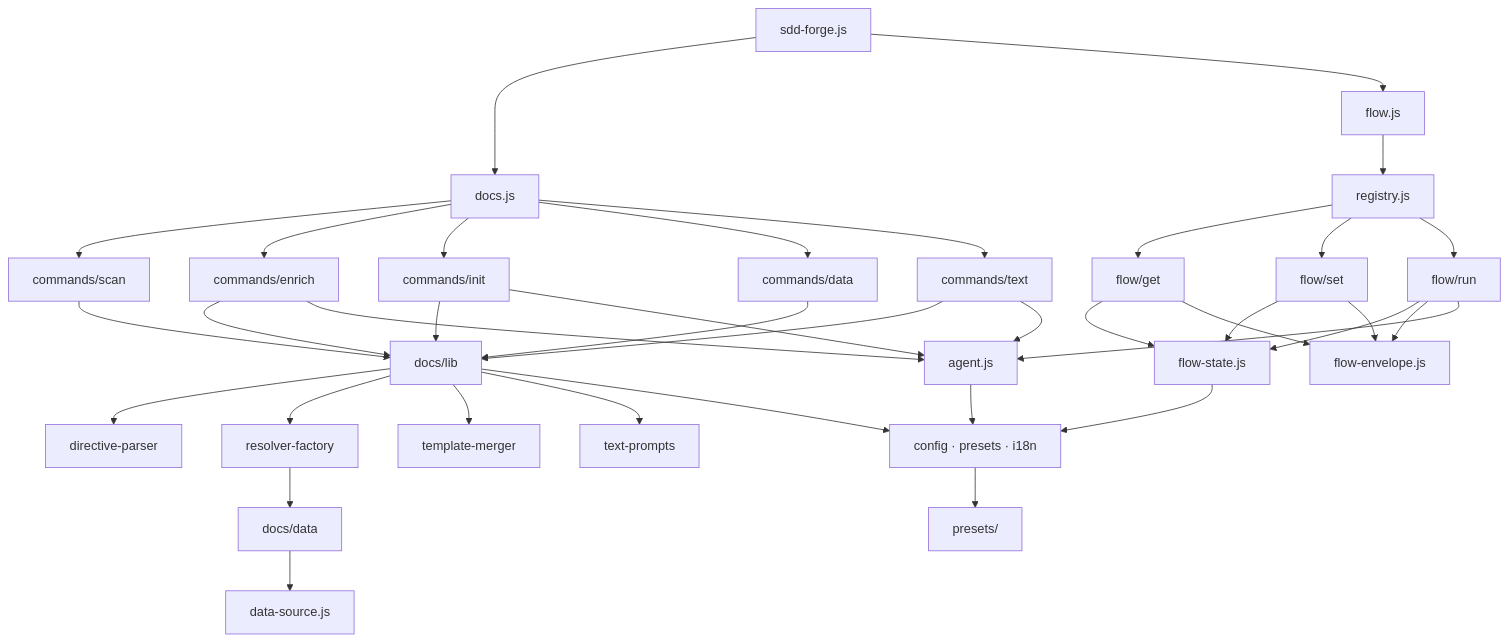
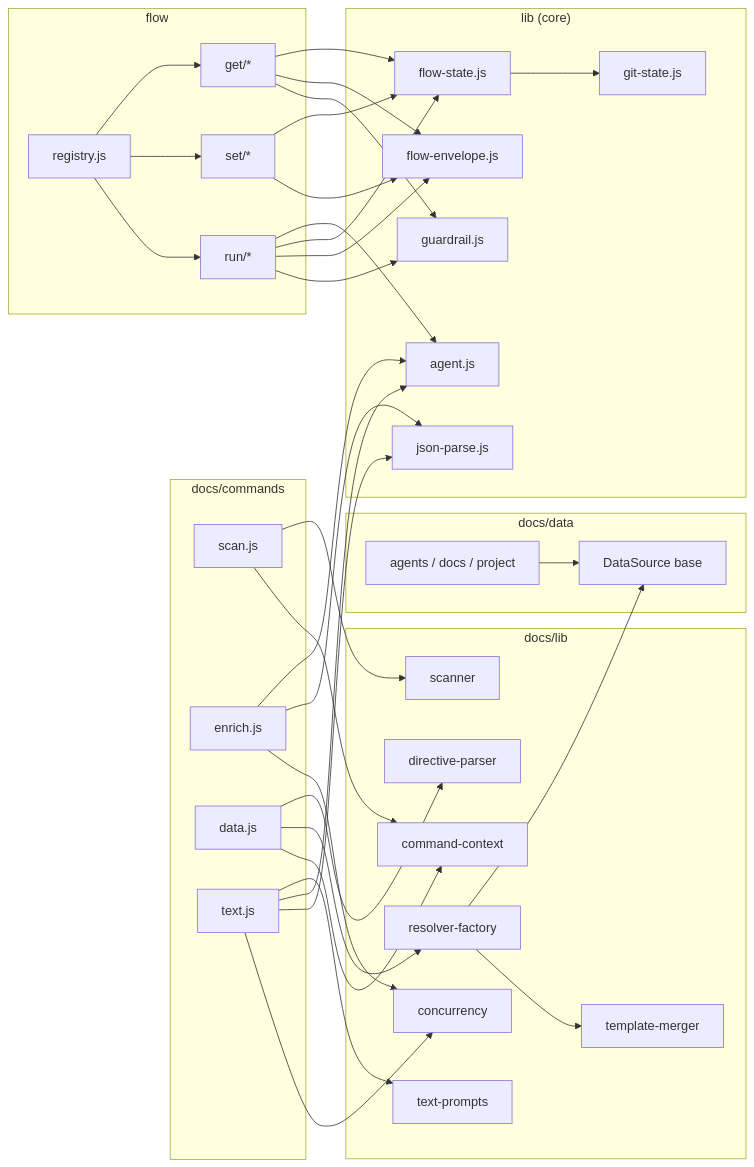
Before and after one commit to SpreadWorks/sdd-forge: the diagram in docs/internal_design.md, drawn with Mermaid. The commit also changed other lines of this file and 10 other files, not shown here.

First line of the commit message:
fix: revert text deep mode to minify, add enrich speed benchmark data

````diff
--- a/docs/internal_design.md
+++ b/docs/internal_design.md
@@ -99,27 +116,69 @@
 ```mermaid
-graph TD
-    CLI[sdd-forge.js] --> DOCS[docs.js]
-    CLI --> FLOW[flow.js]
-    DOCS --> SC[commands/scan]
-    DOCS --> EN[commands/enrich]
-    DOCS --> IN[commands/init]
-    DOCS --> DA[commands/data]
-    DOCS --> TX[commands/text]
-    FLOW --> REG[registry.js]
-    REG --> FG[flow/get]
-    REG --> FS[flow/set]
-    REG --> FR[flow/run]
-    SC & EN & IN & DA & TX --> DLIB[docs/lib]
-    DLIB --> DP[directive-parser]
-    DLIB --> RF[resolver-factory]
-    DLIB --> TM[template-merger]
-    DLIB --> TP[text-prompts]
-    RF --> DS[docs/data]
-    DS --> DSB[data-source.js]
-    FG & FS & FR --> FST[flow-state.js]
-    FG & FS & FR --> FEN[flow-envelope.js]
-    EN & IN & TX --> AGT[agent.js]
-    FR --> AGT
-    DLIB & FST & AGT --> CLIB[config · presets · i18n]
-    CLIB --> PRE[presets/]
+graph LR
+    subgraph docs_cmd["docs/commands"]
+        SCAN[scan.js]
+        ENRICH[enrich.js]
+        DATA[data.js]
+        TEXT[text.js]
+    end
+
+    subgraph flow_cmd["flow"]
+        FREG[registry.js]
+        FGET[get/*]
+        FSET[set/*]
+        FRUN[run/*]
+    end
+
+    subgraph doc_lib["docs/lib"]
+        SCN[scanner]
+        DP[directive-parser]
+        RF[resolver-factory]
+        TP[text-prompts]
+        TM[template-merger]
+        CC[command-context]
+        CONC[concurrency]
+    end
+
+    subgraph dsources["docs/data"]
+        DSB[DataSource base]
+        DSI[agents / docs / project]
+    end
+
+    subgraph core["lib (core)"]
+        AGT[agent.js]
+        FST[flow-state.js]
+        FE[flow-envelope.js]
+        GR[guardrail.js]
+        JP[json-parse.js]
+        GS[git-state.js]
+    end
+
+    SCAN --> SCN
+    SCAN --> CC
+    ENRICH --> AGT
+    ENRICH --> JP
+    ENRICH --> CONC
+    DATA --> DP
+    DATA --> RF
+    DATA --> CC
+    TEXT --> TP
+    TEXT --> AGT
+    TEXT --> JP
+    TEXT --> CONC
+    RF --> DSB
+    RF --> TM
+    DSI --> DSB
+    FREG --> FGET
+    FREG --> FSET
+    FREG --> FRUN
+    FGET --> FST
+    FGET --> FE
+    FGET --> GR
+    FSET --> FST
+    FSET --> FE
+    FRUN --> AGT
+    FRUN --> FST
+    FRUN --> FE
+    FRUN --> GR
+    FST --> GS
 ```
````
